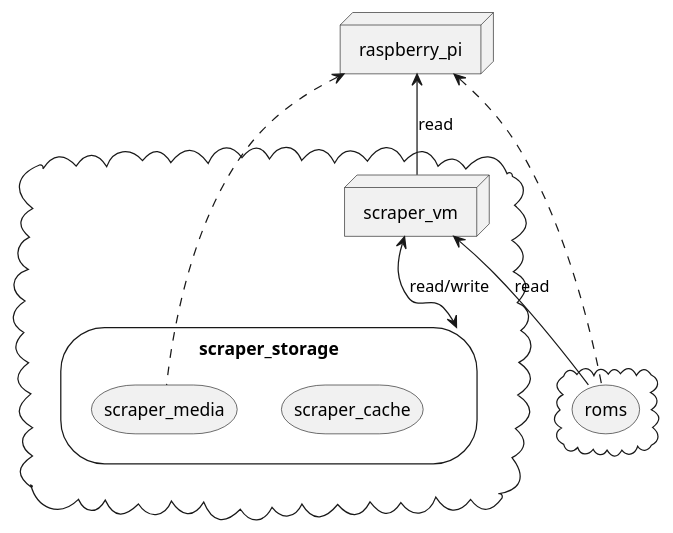
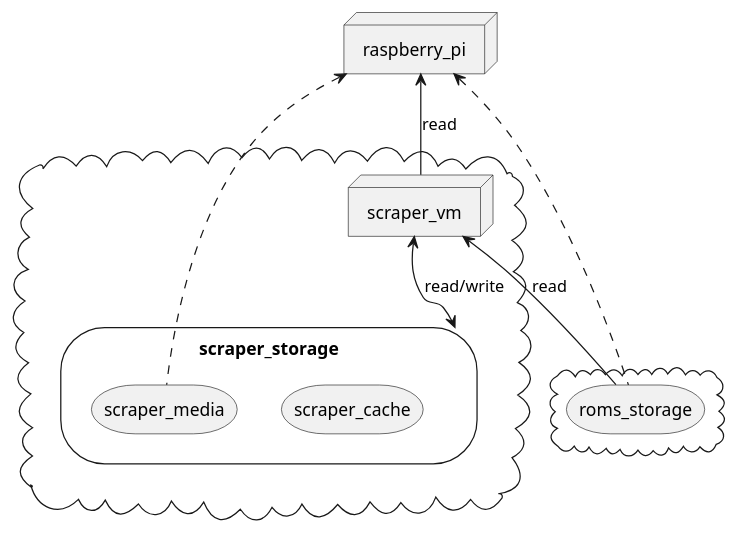
Before and after one commit to seriema/retro-cloud: the diagram in architecture.plantuml, drawn with PlantUML. The commit also changed 4 other files, not shown here.

Commit message:
Initial writeup of current architecture

```diff
--- a/architecture.plantuml
+++ b/architecture.plantuml
@@ -1,23 +1,23 @@
 @startuml architecture
 
 cloud {
     node scraper_vm
     storage scraper_storage {
         storage scraper_cache
         storage scraper_media
     }
 }
 cloud {
-    storage roms
+    storage roms_storage
 }
 
 node raspberry_pi
 
 raspberry_pi <-- scraper_vm : read
 scraper_vm <--> scraper_storage : read/write
-scraper_vm <-- roms : read
+scraper_vm <-- roms_storage : read
 
 raspberry_pi <.. scraper_media
-raspberry_pi <.. roms
+raspberry_pi <.. roms_storage
 
 @enduml
```
